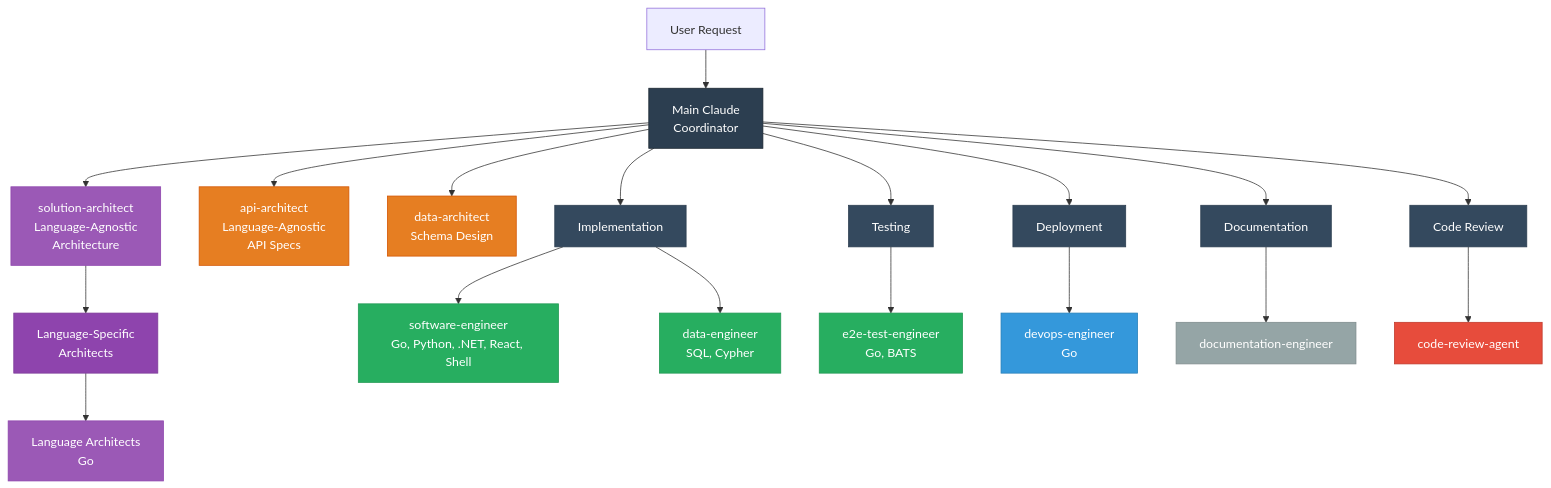
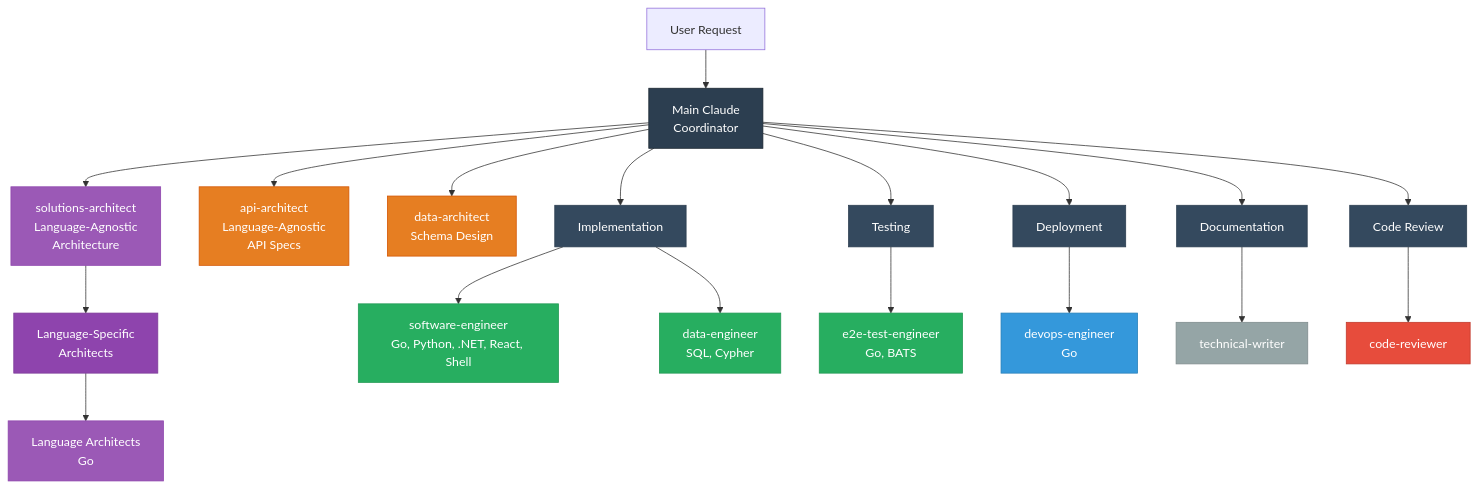
The first of 10 diagrams in agents/ABOUT-THE-AGENTS.md (twistingmercury/claude-code-setup), drawn with Mermaid before and after one commit. The commit also changed other lines of this file and 16 other files, not shown here.

````diff
--- a/agents/ABOUT-THE-AGENTS.md
+++ b/agents/ABOUT-THE-AGENTS.md
@@ -17,44 +17,44 @@
 ```mermaid
 graph TD
 User[User Request] --> Main[Main Claude<br/>Coordinator]
 
-    Main --> SoftArch[solution-architect<br/>Language-Agnostic<br/>Architecture]
+    Main --> SoftArch[solutions-architect<br/>Language-Agnostic<br/>Architecture]
 
     SoftArch --> LangArch[Language-Specific<br/>Architects]
 
     LangArch --> LangSpecArch[Language Architects<br/>Go]
 
     Main --> APIArch[api-architect<br/>Language-Agnostic<br/>API Specs]
     Main --> DataArch[data-architect<br/>Schema Design]
     Main --> Impl[Implementation]
     Main --> Test[Testing]
     Main --> DevOps[Deployment]
     Main --> Doc[Documentation]
     Main --> Review[Code Review]
 
     Impl --> SoftEng[software-engineer<br/>Go, Python, .NET, React, Shell]
     Impl --> DataEng[data-engineer<br/>SQL, Cypher]
     Test --> E2EEng[e2e-test-engineer<br/>Go, BATS]
     DevOps --> DevOpsEng[devops-engineer<br/>Go]
-    Doc --> DocEng[documentation-engineer]
-    Review --> CodeReview[code-review-agent]
+    Doc --> DocEng[technical-writer]
+    Review --> CodeReview[code-reviewer]
 
     style Main fill:#2c3e50,stroke:#1a252f,color:#fff
     style SoftArch fill:#9b59b6,stroke:#8e44ad,color:#fff
     style LangArch fill:#8e44ad,stroke:#7d3c98,color:#fff
     style LangSpecArch fill:#9b59b6,stroke:#8e44ad,color:#fff
     style APIArch fill:#e67e22,stroke:#d35400,color:#fff
     style SoftEng fill:#27ae60,stroke:#229954,color:#fff
     style E2EEng fill:#27ae60,stroke:#229954,color:#fff
     style DevOpsEng fill:#3498db,stroke:#2980b9,color:#fff
     style DocEng fill:#95a5a6,stroke:#7f8c8d,color:#fff
     style DataArch fill:#e67e22,stroke:#d35400,color:#fff
     style DataEng fill:#27ae60,stroke:#229954,color:#fff
     style CodeReview fill:#e74c3c,stroke:#c0392b,color:#fff
     style Impl fill:#34495e,stroke:#2c3e50,color:#fff
     style Test fill:#34495e,stroke:#2c3e50,color:#fff
     style DevOps fill:#34495e,stroke:#2c3e50,color:#fff
     style Doc fill:#34495e,stroke:#2c3e50,color:#fff
     style Review fill:#34495e,stroke:#2c3e50,color:#fff
 
 ```
````
